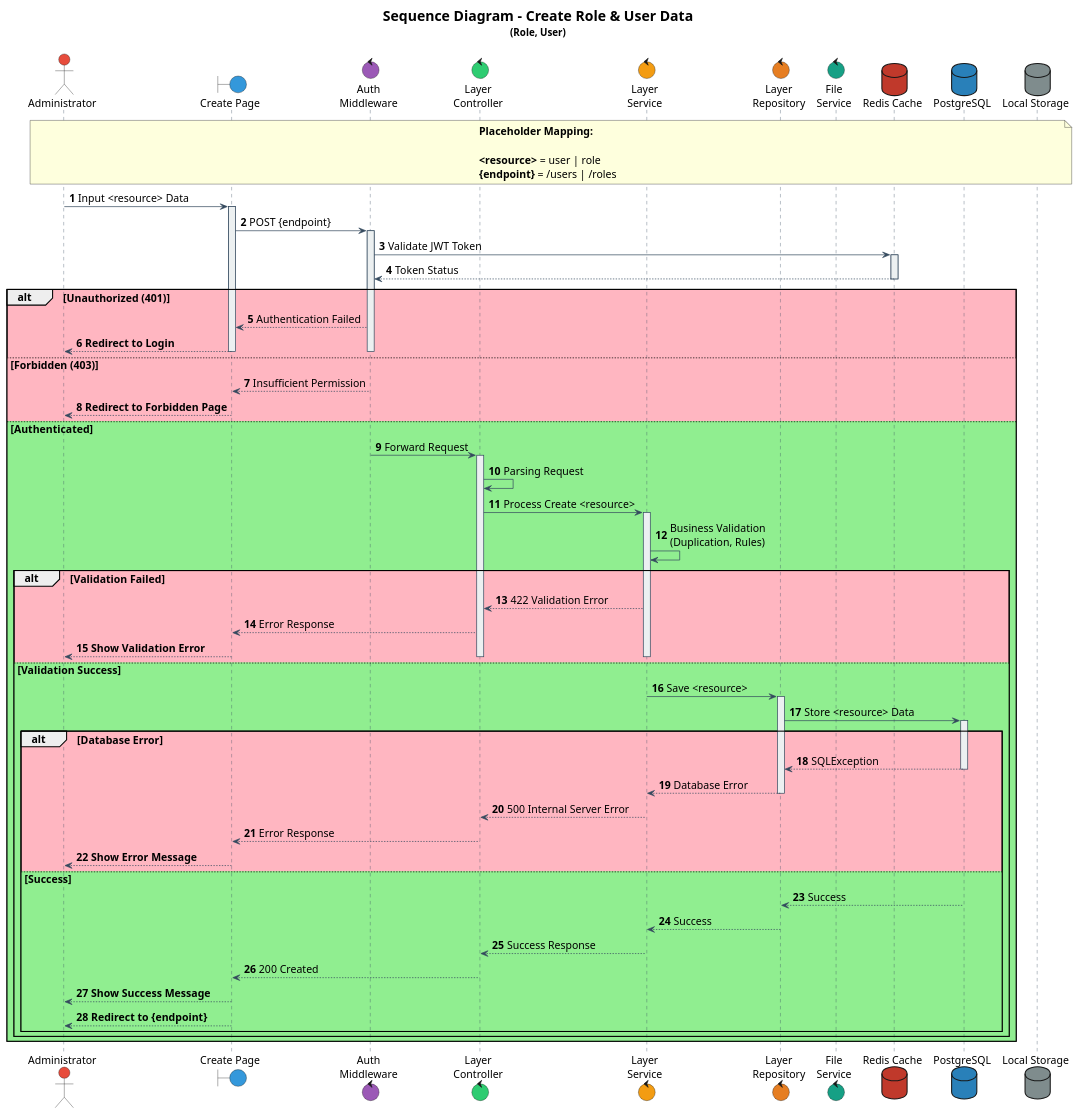
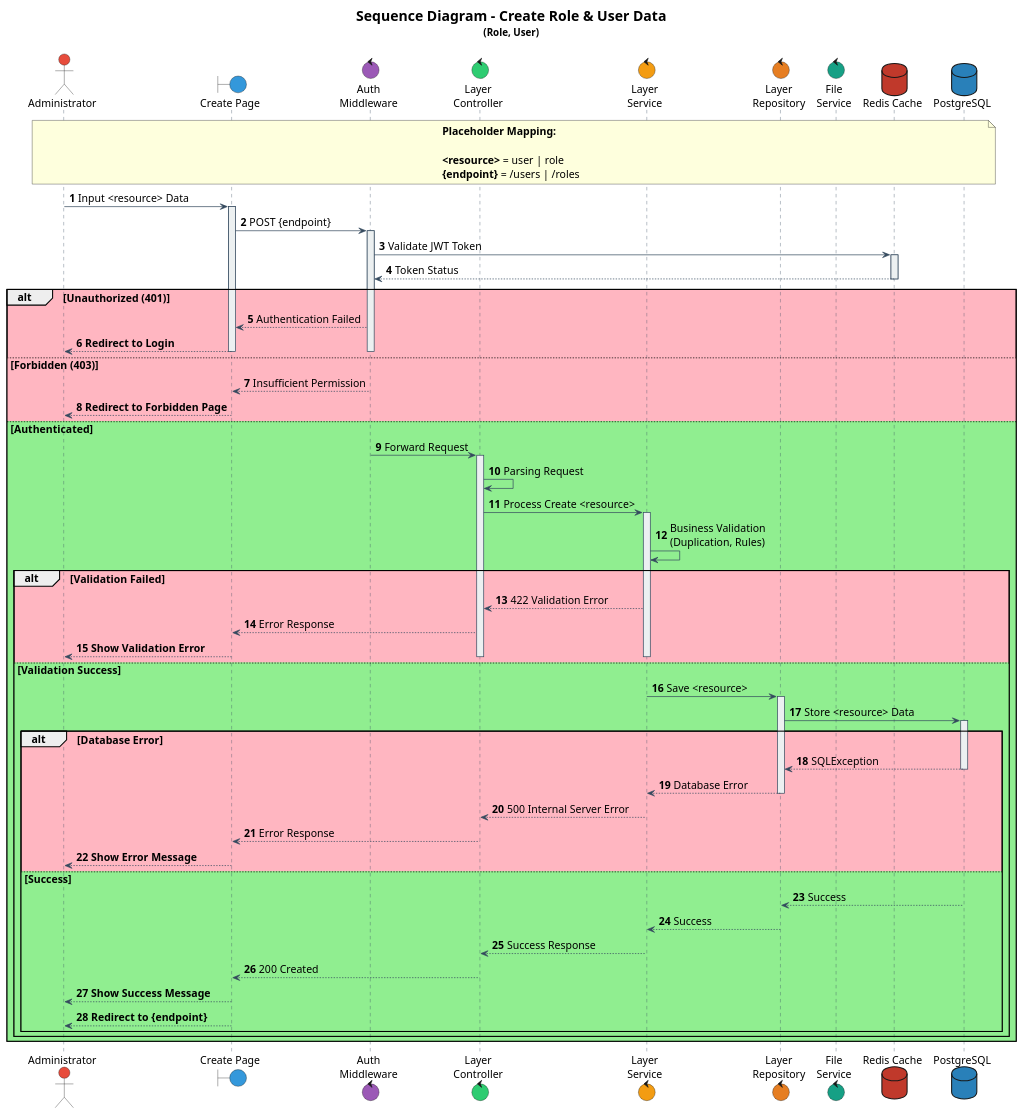
One commit to IntConnect/go-intconnect-api changed the diagram in documentation/sequence/management-user/role-user/create.puml. Above: the diagram before and after it, drawn with PlantUML. The commit also changed 22 other files, not shown here.

Commit message:
feat(activity, sequence): Add some activity and sequence diagram

```diff
--- a/documentation/sequence/management-user/role-user/create.puml
+++ b/documentation/sequence/management-user/role-user/create.puml
@@ -1,145 +1,144 @@
 @startuml
 
 ' Font configuration
 skinparam defaultFontName Times New Roman
 skinparam defaultFontSize 15
 
 ' Participant styling
 skinparam participant {
     BackgroundColor #ECF0F1
     BorderColor #34495E
     FontColor Black
     FontName Times New Roman
     FontSize 15
 }
 
 skinparam sequence {
     ArrowColor #34495E
     LifeLineBorderColor #34495E
     LifeLineBackgroundColor #ECF0F1
     ArrowFontName Times New Roman
     ArrowFontSize 15
 }
 
 skinparam actorFontSize 15
 skinparam noteFontSize 15
 skinparam noteFontName "Times New Roman"
 
 ' Actors and components
 actor "Administrator" as admin #E74C3C
 boundary "Create Page" as boundCreate #3498DB
 control "Auth\nMiddleware" as authMiddleware #9B59B6
 control "Layer\nController" as controller #2ECC71
 control "Layer\nService" as service #F39C12
 control "Layer\nRepository" as repository #E67E22
 control "File\nService" as fileService #16A085
 database "Redis Cache" as dbRedis #C0392B
 database "PostgreSQL" as dbPsql #2980B9
-database "Local Storage" as localStorage #7F8C8D
 
 title
 <size:20><b>Sequence Diagram - Create Role & User Data</b></size>
 <size:14>(Role, User)</size>
 ----
 end title
 
 autonumber
 
-note over admin, localStorage
+note over admin, dbPsql
     **Placeholder Mapping:**
 
     <b><resource></b> = user | role
     <b>{endpoint}</b> = /users | /roles
 end note
 
 ' === MAIN FLOW ===
 admin -> boundCreate: Input <resource> Data
 activate boundCreate
 
 boundCreate -> authMiddleware: POST {endpoint}
 activate authMiddleware
 
 ' === AUTHENTICATION ===
 authMiddleware -> dbRedis: Validate JWT Token
 activate dbRedis
 dbRedis --> authMiddleware: Token Status
 deactivate dbRedis
 
 alt #LightPink Unauthorized (401)
     authMiddleware --> boundCreate: Authentication Failed
     boundCreate --> admin: **Redirect to Login**
     deactivate authMiddleware
     deactivate boundCreate
 else #LightPink Forbidden (403)
     authMiddleware --> boundCreate: Insufficient Permission
     boundCreate --> admin: **Redirect to Forbidden Page**
     deactivate authMiddleware
     deactivate boundCreate
 else #LightGreen Authenticated
 
     authMiddleware -> controller: Forward Request
     deactivate authMiddleware
     activate controller
 
     ' === VALIDATION ===
     controller -> controller: Parsing Request
     controller -> service: Process Create <resource>
     activate service
 
     service -> service: Business Validation\n(Duplication, Rules)
 
     alt #LightPink Validation Failed
         service --> controller: 422 Validation Error
         controller --> boundCreate: Error Response
         boundCreate --> admin: **Show Validation Error**
         deactivate service
         deactivate controller
         deactivate boundCreate
 
     else #LightGreen Validation Success
 
 
 
         ' === SAVE TO DATABASE ===
         service -> repository: Save <resource>
         activate repository
 
         repository -> dbPsql: Store <resource> Data
         activate dbPsql
 
         alt #LightPink Database Error
             dbPsql --> repository: SQLException
             deactivate dbPsql
             repository --> service: Database Error
             deactivate repository
 
 
 
             service --> controller: 500 Internal Server Error
             controller --> boundCreate: Error Response
             boundCreate --> admin: **Show Error Message**
             deactivate service
             deactivate controller
             deactivate boundCreate
 
         else #LightGreen Success
             dbPsql --> repository: Success
             deactivate dbPsql
 
             repository --> service: Success
             deactivate repository
 
             service --> controller: Success Response
             deactivate service
 
             controller --> boundCreate: 200 Created
             deactivate controller
 
             boundCreate --> admin: **Show Success Message**
             boundCreate --> admin: **Redirect to {endpoint}**
             deactivate boundCreate
         end
     end
 end
 
 @enduml
```
